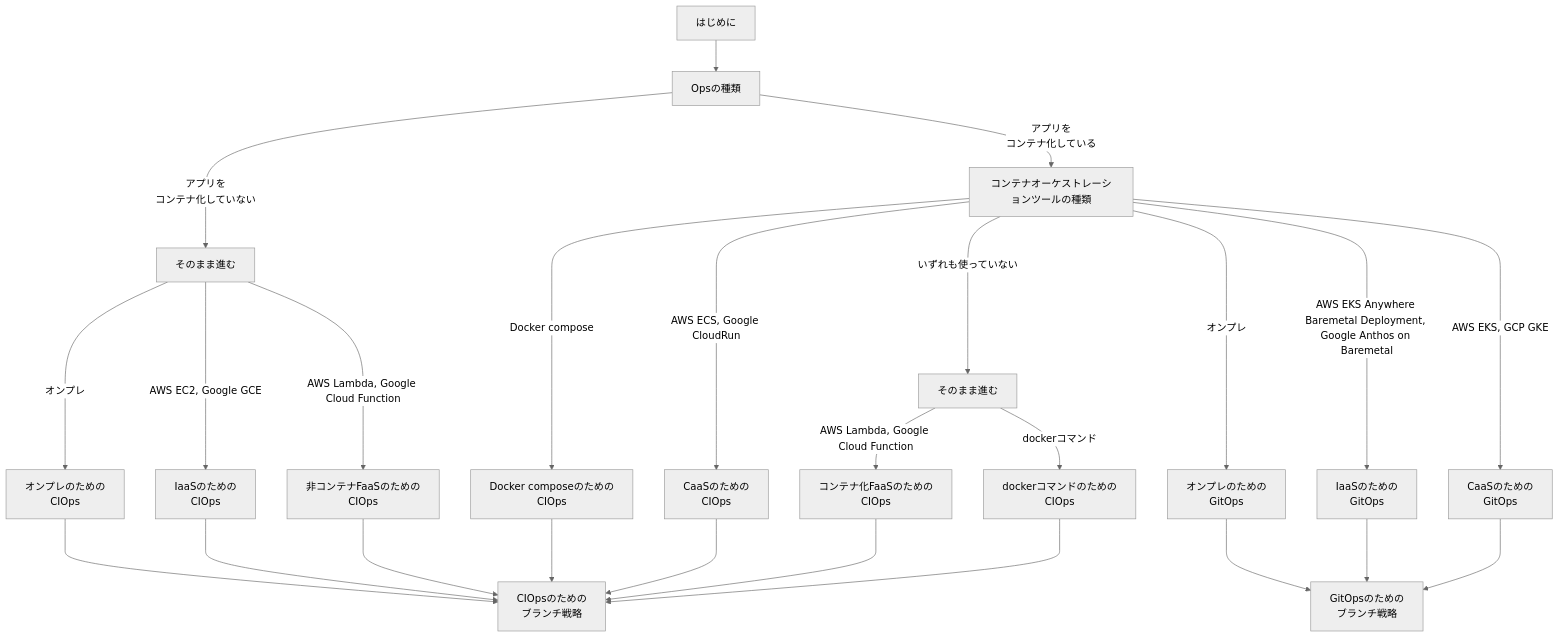
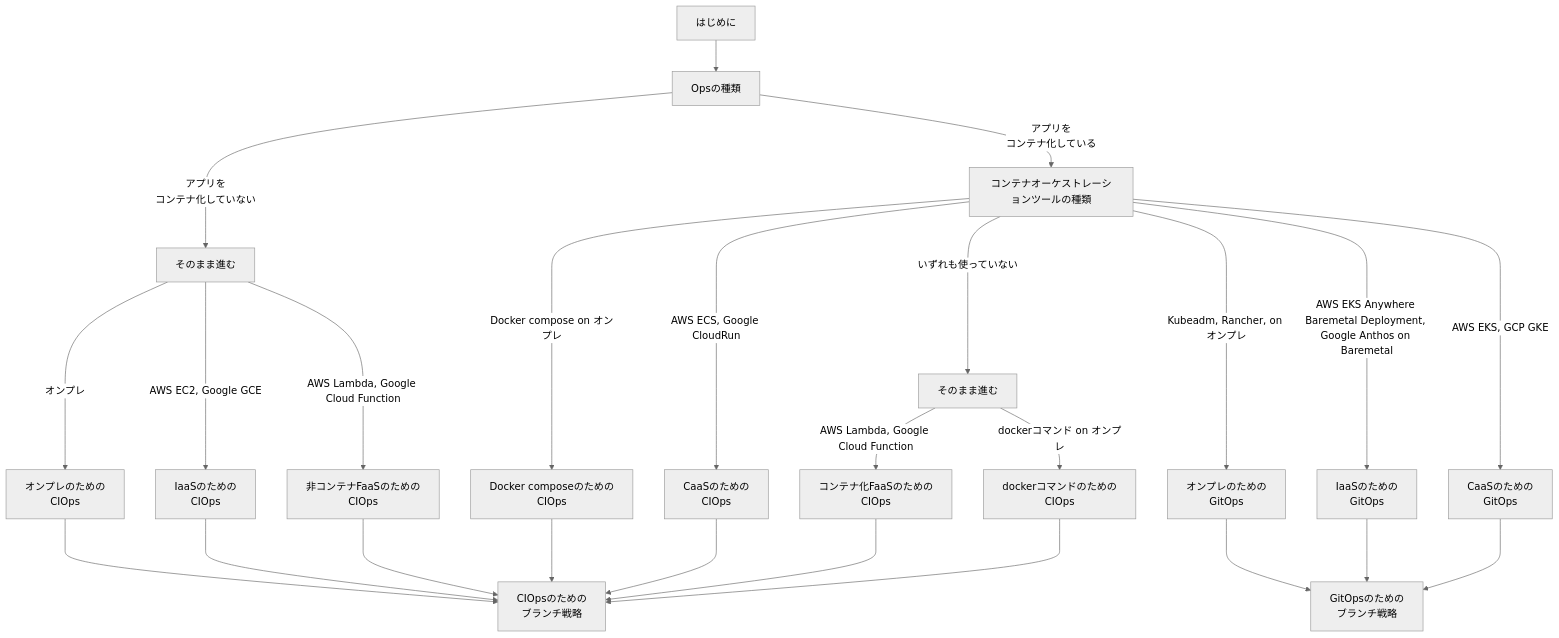
Before and after one commit to hiroki-it/tech-notebook: the diagram in docs/devops/devops.md, drawn with Mermaid (neutral theme). The commit also changed 37 other files, not shown here.

````diff
--- a/docs/devops/devops.md
+++ b/docs/devops/devops.md
@@ -112,41 +112,42 @@
 ```mermaid
+
 graph TD;
-A[はじめに] --> B[Opsの種類]
+  A[はじめに] --> B[Opsの種類]
 
-B ---> | アプリを<br>コンテナ化していない | C[そのまま進む]
-B --> | アプリを<br>コンテナ化している | D[コンテナオーケストレーションツールの種類]
+  B ---> | アプリを<br>コンテナ化していない | C[そのまま進む]
+  B --> | アプリを<br>コンテナ化している | D[コンテナオーケストレーションツールの種類]
 
-C ---> | オンプレ | E[オンプレのための<br>CIOps]
-C ---> | AWS EC2, Google GCE | F["IaaSのための<br>CIOps"]
-C ---> | AWS Lambda, Google Cloud Function | G[非コンテナFaaSのための<br>CIOps]
+  C ---> | オンプレ | E[オンプレのための<br>CIOps]
+  C ---> | AWS EC2, Google GCE | F["IaaSのための<br>CIOps"]
+  C ---> | AWS Lambda, Google Cloud Function | G[非コンテナFaaSのための<br>CIOps]
 
-D ----> | Docker compose  | H[Docker composeのための<br>CIOps]
-D ----> | AWS ECS, Google CloudRun  | I[CaaSのための<br>CIOps]
-D --> | いずれも使っていない | J[そのまま進む]
-D ----> | オンプレ | K[オンプレのための<br>GitOps]
-D ----> | AWS EKS Anywhere Baremetal Deployment, Google Anthos on Baremetal| L[IaaSのための<br>GitOps]
-D ----> | AWS EKS, GCP GKE | M[CaaSのための<br>GitOps]
+  D ----> | Docker compose on オンプレ | H[Docker composeのための<br>CIOps]
+  D ----> | AWS ECS, Google CloudRun  | I[CaaSのための<br>CIOps]
+  D --> | いずれも使っていない | J[そのまま進む]
+  D ----> | Kubeadm, Rancher, on オンプレ | K[オンプレのための<br>GitOps]
+  D ----> | AWS EKS Anywhere Baremetal Deployment, Google Anthos on Baremetal| L[IaaSのための<br>GitOps]
+  D ----> | AWS EKS, GCP GKE | M[CaaSのための<br>GitOps]
 
-J --> | AWS Lambda, Google Cloud Function | N[コンテナ化FaaSのための<br>CIOps]
-J --> | dockerコマンド | O[dockerコマンドのための<br>CIOps]
+  J --> | AWS Lambda, Google Cloud Function | N[コンテナ化FaaSのための<br>CIOps]
+  J --> | dockerコマンド on オンプレ| O[dockerコマンドのための<br>CIOps]
 
-E ---> P[CIOpsのための<br>ブランチ戦略]
+  E ---> P[CIOpsのための<br>ブランチ戦略]
 
-F ---> P
+  F ---> P
 
-G ---> P
+  G ---> P
 
-H ---> P
+  H ---> P
 
-I ---> P
+  I ---> P
 
-K ---> Q[GitOpsのための<br>ブランチ戦略]
+  K ---> Q[GitOpsのための<br>ブランチ戦略]
 
-L ---> Q
+  L ---> Q
 
-M ---> Q
+  M ---> Q
 
-N ---> P
+  N ---> P
 
-O ---> P
+  O ---> P
 ```
````
